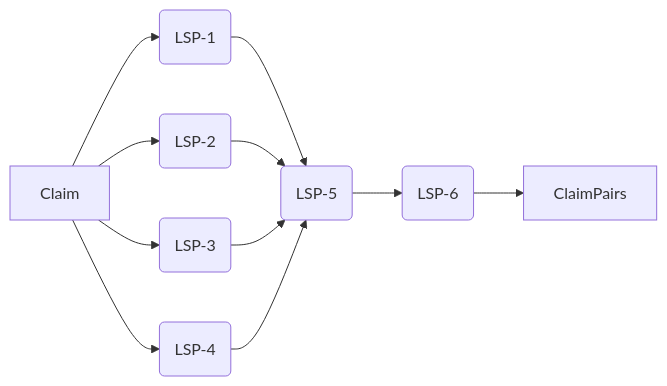
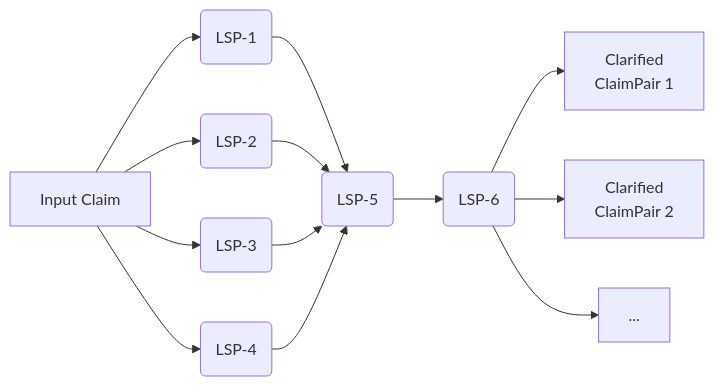
The second of 2 diagrams in README.md (debatelab/evidence-seeker), drawn with Mermaid before and after one commit. The commit also changed other lines of this file, not shown here.

Commit message:
Extend README.md to include basic usage, credits, sponsoring etc

````diff
--- a/README.md
+++ b/README.md
@@ -27,13 +169,15 @@
 ```mermaid
 graph LR;
-    C[Claim] --> LSP1(LSP-1);
+    C[Input Claim] --> LSP1(LSP-1);
     C --> LSP2(LSP-2);
     C --> LSP3(LSP-3);
     C --> LSP4(LSP-4);
     LSP1 --> LSP5(LSP-5);
     LSP2 --> LSP5;
     LSP3 --> LSP5;
     LSP4 --> LSP5;
     LSP5 --> LSP6(LSP-6);
-    LSP6 --> ClaimPairs;
+    LSP6 --> CP1[Clarified<br/>ClaimPair 1];
+    LSP6 --> CP2[Clarified<br/>ClaimPair 2];
+    LSP6 --> etc[...];
 ```
````
